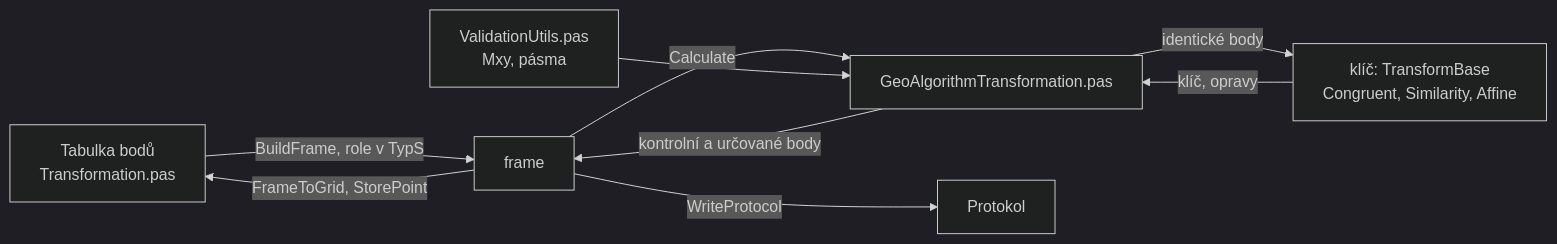
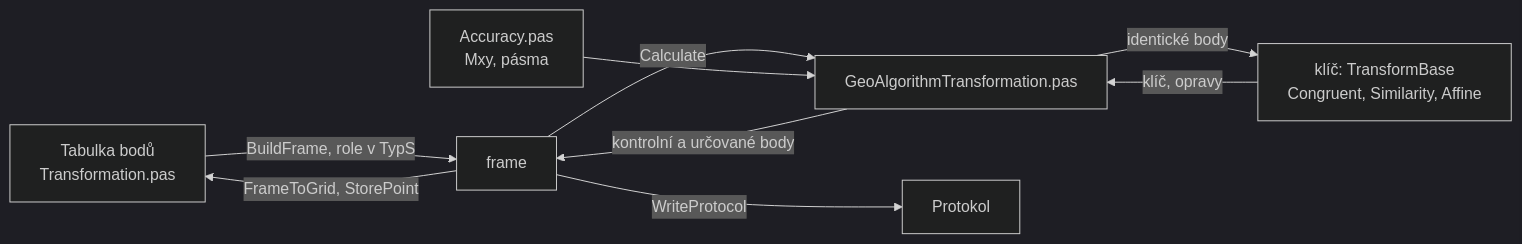
The diagram in docs/vypocty/transformace.md (kovarmi9/GeoSoft), drawn with Mermaid (dark theme) before and after one commit. The commit also changed other lines of this file and 34 other files, not shown here.

````diff
--- a/docs/vypocty/transformace.md
+++ b/docs/vypocty/transformace.md
@@ -42,11 +42,11 @@
 ```mermaid
 flowchart LR
   T["Tabulka bodů<br>Transformation.pas"] -->|"BuildFrame, role v TypS"| F["frame"]
   F -->|Calculate| A["GeoAlgorithmTransformation.pas"]
   A -->|identické body| K["klíč: TransformBase<br>Congruent, Similarity, Affine"]
   K -->|"klíč, opravy"| A
-  V["ValidationUtils.pas<br>Mxy, pásma"] --> A
+  V["Accuracy.pas<br>Mxy, pásma"] --> A
   A -->|"kontrolní a určované body"| F
   F -->|"FrameToGrid, StorePoint"| T
   F -->|WriteProtocol| P["Protokol"]
 ```
````
